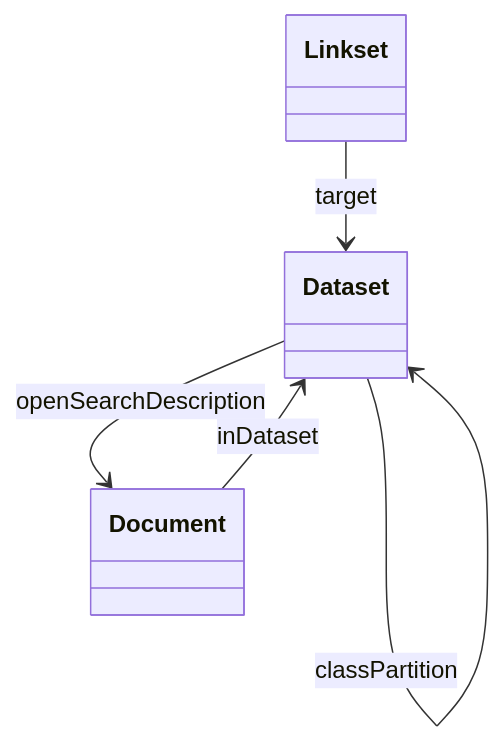
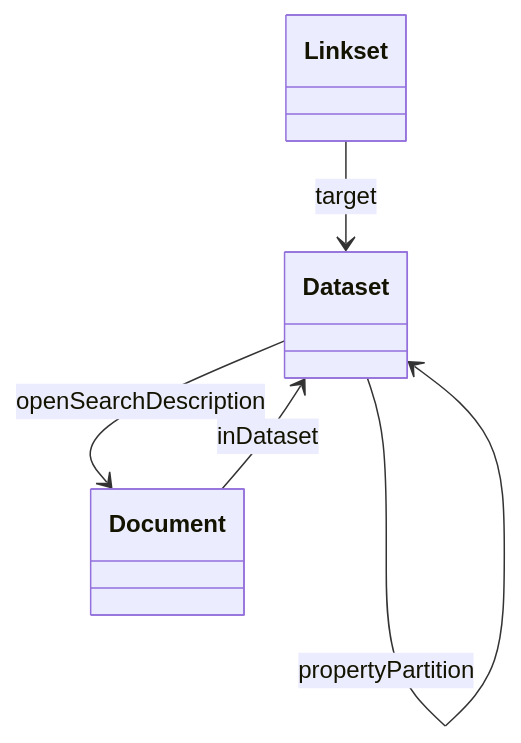
The diagram in output/Top_in_lov/void.ttl-description-3.md (oeg-upm/Devos), drawn with Mermaid before and after one commit. The commit also changed other lines of this file and 295 other files, not shown here.

````diff
--- a/output/Top_in_lov/void.ttl-description-3.md
+++ b/output/Top_in_lov/void.ttl-description-3.md
@@ -1,31 +1,31 @@
 ```mermaid
 	classDiagram
 
     
     class Dataset {
     
     }
 
+    class Document {
+    
+    }
+
     class Linkset {
     
     }
 
-    class Document {
-    
-    }
 
 
+Dataset  --> Dataset   :subset  
+
+Document  --> Dataset   :inDataset  
+
+Dataset  --> Dataset   :classPartition  
 
 Dataset  --> Document   :openSearchDescription  
 
 Dataset  --> Dataset   :propertyPartition  
 
 Linkset  --> Dataset   :target  
 
-Dataset  --> Dataset   :subset  
-
-Document  --> Dataset   :inDataset  
-
-Dataset  --> Dataset   :classPartition  
-
 ```
````
